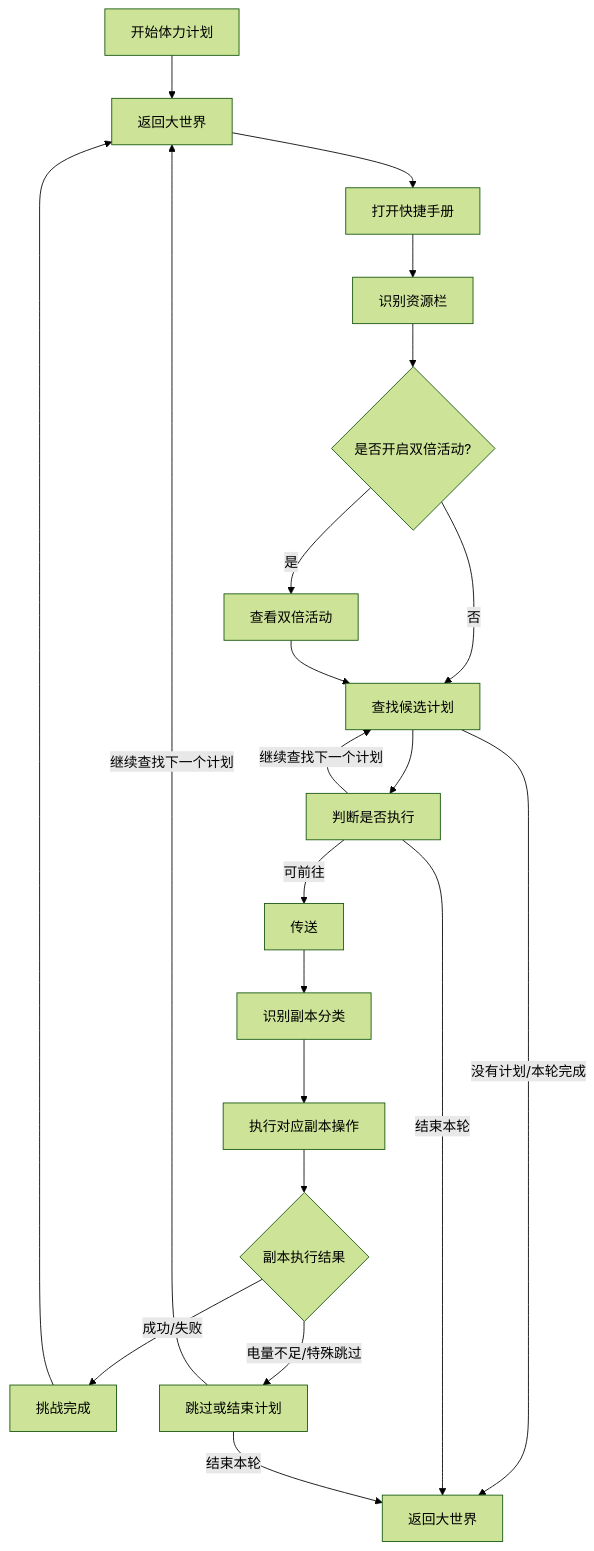
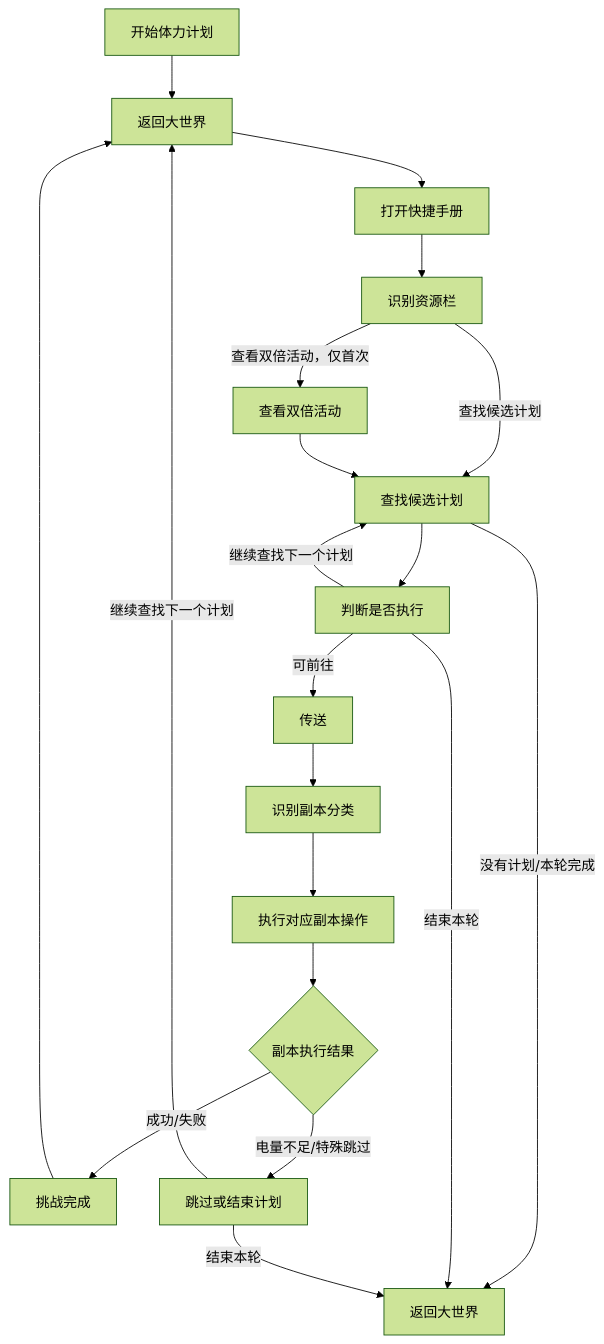
One commit to Usagi-wusaqi/ZenlessZoneZero-OneDragon changed the diagram in docs/develop/zzz/application/charge_plan.md. Above: the diagram before and after it, drawn with Mermaid (forest theme). The commit also changed other lines of this file and 1 other file, not shown here.

Commit message:
feat: 每一次运行体力计划只检查一次双倍

````diff
--- a/docs/develop/zzz/application/charge_plan.md
+++ b/docs/develop/zzz/application/charge_plan.md
@@ -188,23 +188,22 @@
 ```mermaid
 graph TD
     A["开始体力计划"] --> B0["返回大世界"]
     B0 --> B["打开快捷手册"]
     B --> C["识别资源栏"]
-    C --> C1{"是否开启双倍活动?"}
-    C1 -->|是| C2["查看双倍活动"]
-    C1 -->|否| D["查找候选计划"]
+    C -->|查看双倍活动，仅首次| C2["查看双倍活动"]
+    C -->|查找候选计划| D["查找候选计划"]
     C2 --> D
     D --> E["判断是否执行"]
     D -->|没有计划/本轮完成| J["返回大世界"]
     E -->|可前往| H["传送"]
     E -->|继续查找下一个计划| D
     E -->|结束本轮| J
     H --> K["识别副本分类"]
     K --> L["执行对应副本操作"]
     L --> M{"副本执行结果"}
     M -->|成功/失败| N["挑战完成"]
     M -->|电量不足/特殊跳过| Q["跳过或结束计划"]
     N --> B0
     Q -->|继续查找下一个计划| B0
     Q -->|结束本轮| J
 ```
````
